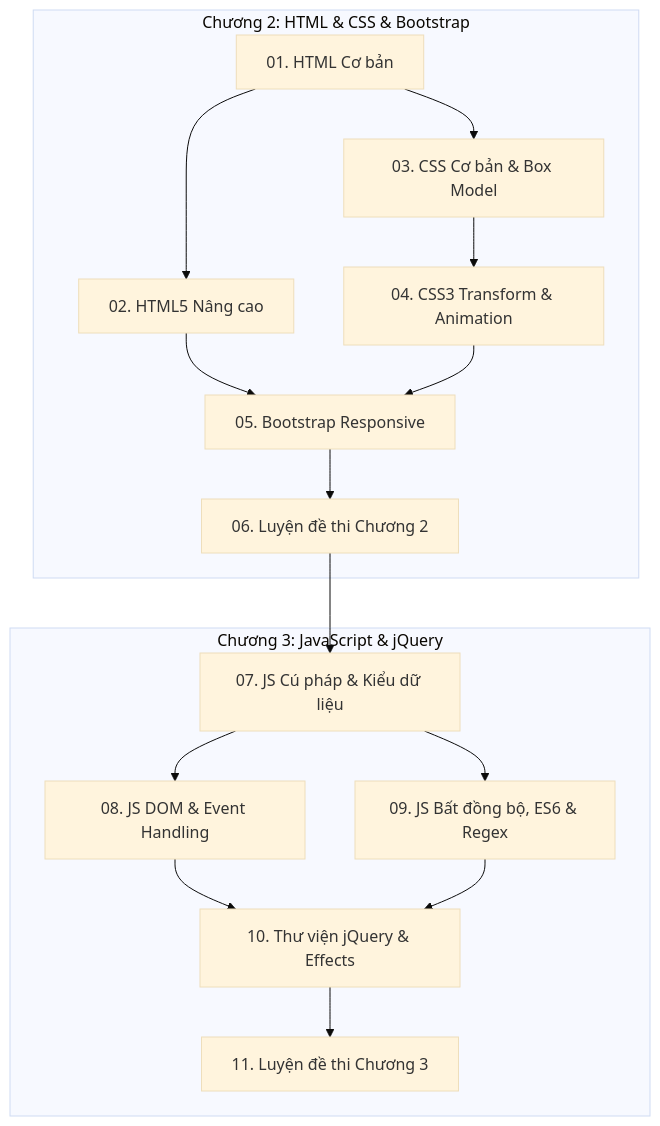
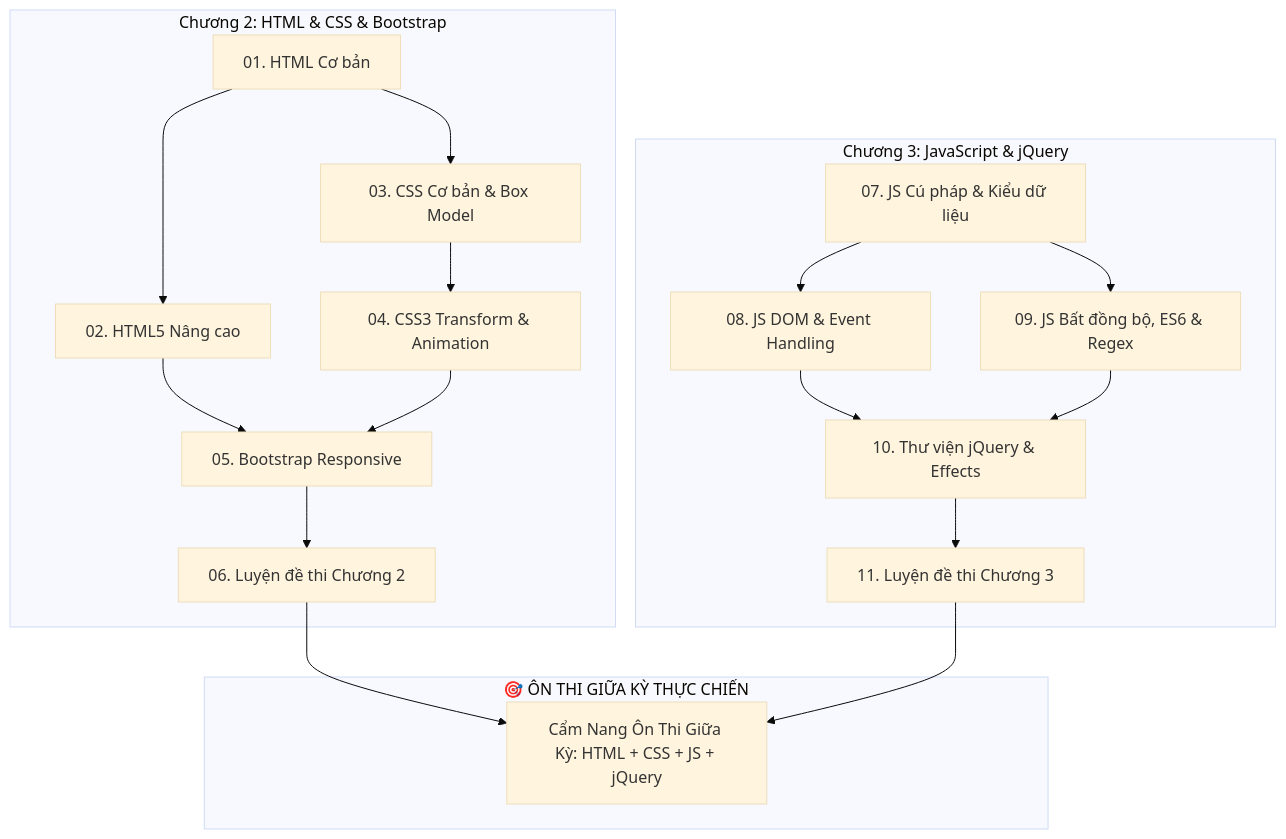
Before and after one commit to snowflake-vibing/KnowledgeLibrary: the diagram in doc/README.md, drawn with Mermaid (base theme). The commit also changed other lines of this file and 3 other files, not shown here.

Commit message:
Add Midterm Exam Survival Guide linking all study modules for HTML, CSS, JS, and jQuery

````diff
--- a/doc/README.md
+++ b/doc/README.md
@@ -38,21 +45,26 @@
 ```mermaid
 flowchart TD
     subgraph Chuong2 ["Chương 2: HTML & CSS & Bootstrap"]
         A["01. HTML Cơ bản"] --> B["02. HTML5 Nâng cao"]
         A --> C["03. CSS Cơ bản & Box Model"]
         C --> D["04. CSS3 Transform & Animation"]
         B --> E["05. Bootstrap Responsive"]
         D --> E
         E --> F["06. Luyện đề thi Chương 2"]
     end
 
     subgraph Chuong3 ["Chương 3: JavaScript & jQuery"]
         G["07. JS Cú pháp & Kiểu dữ liệu"] --> H["08. JS DOM & Event Handling"]
         G --> I["09. JS Bất đồng bộ, ES6 & Regex"]
         H --> J["10. Thư viện jQuery & Effects"]
         I --> J
         J --> K["11. Luyện đề thi Chương 3"]
     end
 
-    F --> G
+    subgraph Midterm ["🎯 ÔN THI GIỮA KỲ THỰC CHIẾN"]
+        MID["Cẩm Nang Ôn Thi Giữa Kỳ: HTML + CSS + JS + jQuery"]
+    end
+
+    F --> MID
+    K --> MID
 ```
````
